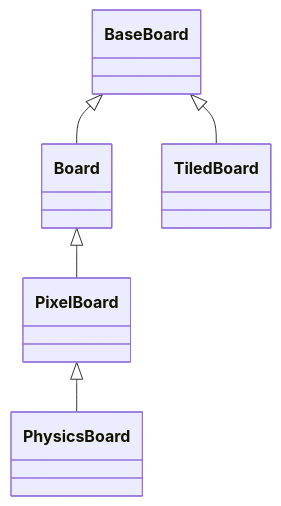
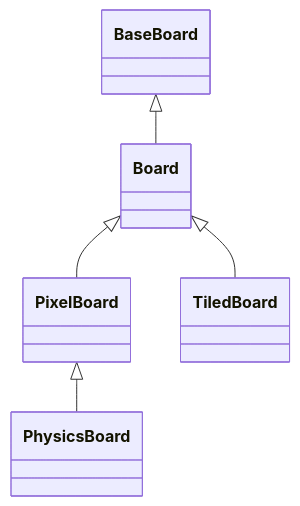
One commit to asbl/miniworldmaker changed the diagram in docs/source/api/board.rst. Above: the diagram before and after it, drawn with Mermaid. The commit also changed other lines of this file and 121 other files, not shown here.

```diff
--- a/docs/source/api/board.rst
+++ b/docs/source/api/board.rst
@@ -6,18 +6,15 @@
 .. mermaid::
 
    classDiagram
       BaseBoard <|-- Board
       Board <|-- PixelBoard
-      BaseBoard <|-- TiledBoard
+      Board <|-- TiledBoard
       PixelBoard <|-- PhysicsBoard
       class BaseBoard{
       }
       class Board{
       }
-      class PixelBoard{
-
-      }
       class TiledBoard{
       }  
       class PhysicsBoard{
       }  
```
